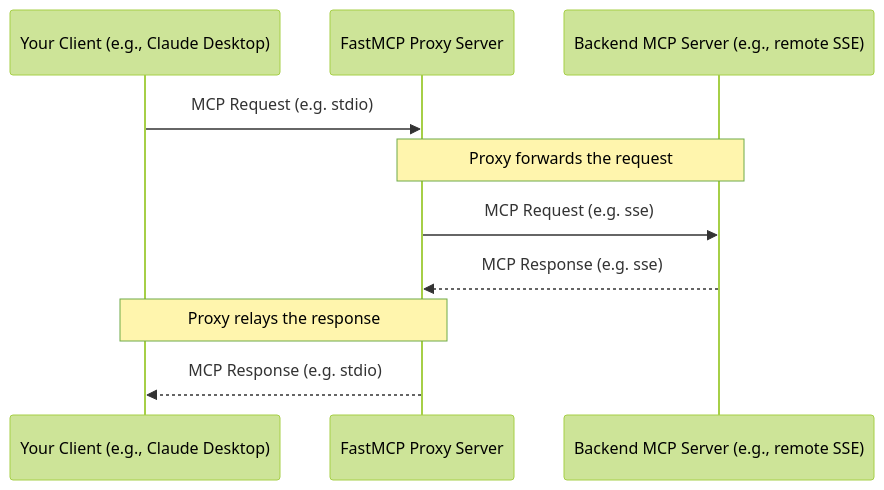
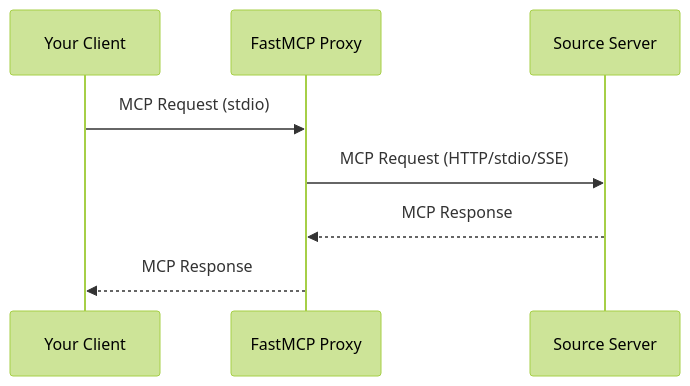
The diagram in docs/llms-txt/gofastmcp/proxy.md (roboalchemist/llm-code-docs), drawn with Mermaid (forest theme) before and after one commit. The commit also changed other lines of this file and 27893 other files, not shown here.

````diff
--- a/docs/llms-txt/gofastmcp/proxy.md
+++ b/docs/llms-txt/gofastmcp/proxy.md
@@ -24,13 +30,11 @@
 ```mermaid  theme={"theme":{"light":"snazzy-light","dark":"dark-plus"}}
 sequenceDiagram
-    participant ClientApp as Your Client (e.g., Claude Desktop)
-    participant FastMCPProxy as FastMCP Proxy Server
-    participant BackendServer as Backend MCP Server (e.g., remote SSE)
+    participant Client as Your Client
+    participant Proxy as FastMCP Proxy
+    participant Backend as Source Server
 
-    ClientApp->>FastMCPProxy: MCP Request (e.g. stdio)
-    Note over FastMCPProxy, BackendServer: Proxy forwards the request
-    FastMCPProxy->>BackendServer: MCP Request (e.g. sse)
-    BackendServer-->>FastMCPProxy: MCP Response (e.g. sse)
-    Note over ClientApp, FastMCPProxy: Proxy relays the response
-    FastMCPProxy-->>ClientApp: MCP Response (e.g. stdio)
+    Client->>Proxy: MCP Request (stdio)
+    Proxy->>Backend: MCP Request (HTTP/stdio/SSE)
+    Backend-->>Proxy: MCP Response
+    Proxy-->>Client: MCP Response
 ```
````
